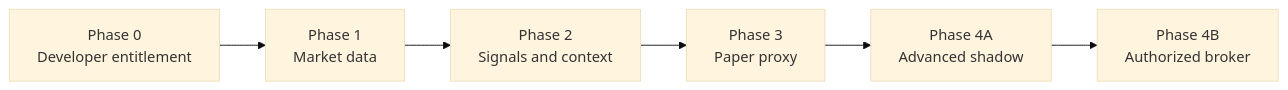
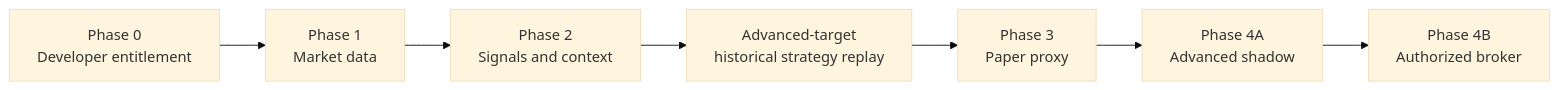
Before and after one commit to vchidura/StockScreener: the first of 3 diagrams in docs/OPTION_CHAIN_SCANNER_IMPLEMENTATION_GUIDE.md, drawn with Mermaid (base theme). The commit also changed other lines of this file and 97 other files, not shown here.

````diff
--- a/docs/OPTION_CHAIN_SCANNER_IMPLEMENTATION_GUIDE.md
+++ b/docs/OPTION_CHAIN_SCANNER_IMPLEMENTATION_GUIDE.md
@@ -25,8 +29,9 @@
 ```mermaid
 flowchart LR
     P0[Phase 0<br/>Developer entitlement] --> P1[Phase 1<br/>Market data]
     P1 --> P2[Phase 2<br/>Signals and context]
-    P2 --> P3[Phase 3<br/>Paper proxy]
+    P2 --> HR[Advanced-target<br/>historical strategy replay]
+    HR --> P3[Phase 3<br/>Paper proxy]
     P3 --> P4A[Phase 4A<br/>Advanced shadow]
     P4A --> P4B[Phase 4B<br/>Authorized broker]
 ```
````
